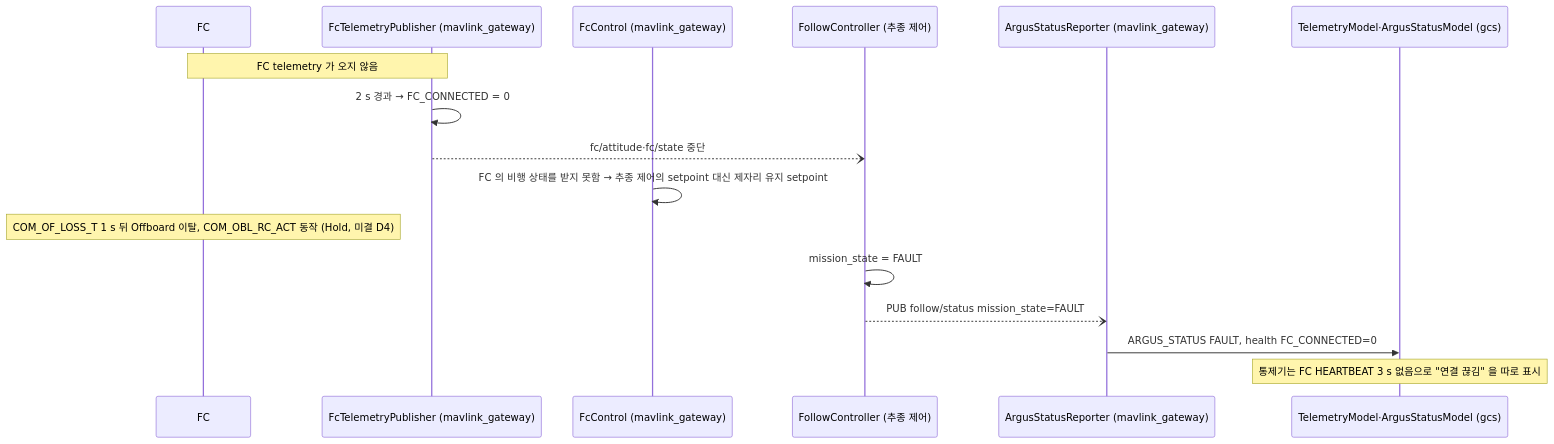
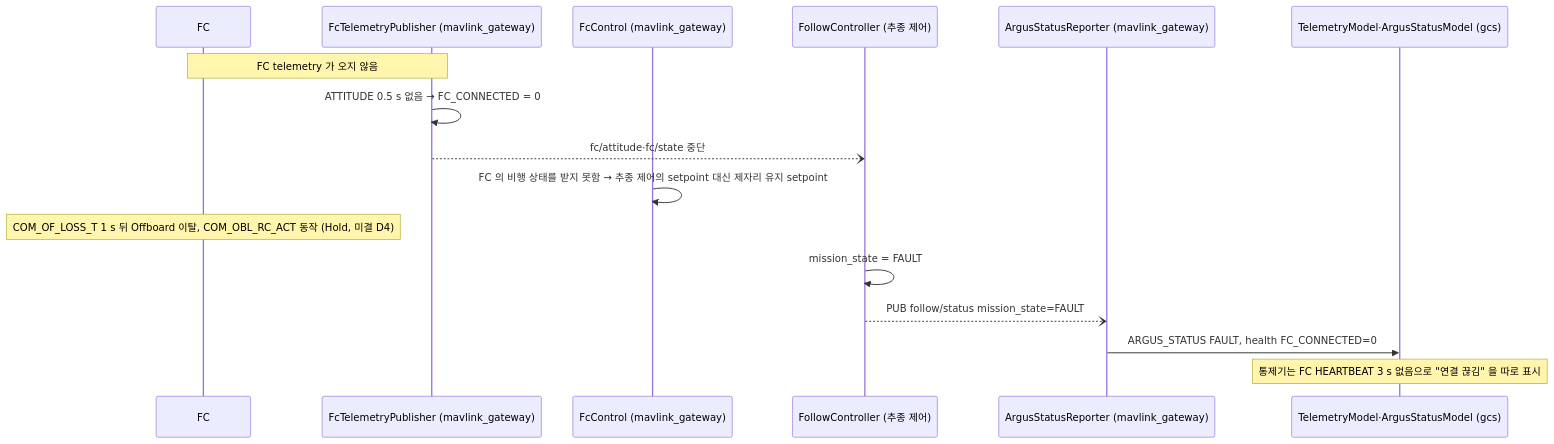
The fourth of 4 diagrams in docs/design/uml/sequence.md (lig-argus/argus-edge-vision), drawn with Mermaid before and after one commit. The commit also changed other lines of this file and 11 other files, not shown here.

````diff
--- a/docs/design/uml/sequence.md
+++ b/docs/design/uml/sequence.md
@@ -122,19 +122,19 @@
 ```mermaid
 sequenceDiagram
     participant fc as FC
     participant fct as FcTelemetryPublisher (mavlink_gateway)
     participant spr as FcControl (mavlink_gateway)
     participant ctl as FollowController (추종 제어)
     participant asr as ArgusStatusReporter (mavlink_gateway)
     participant gcs as TelemetryModel·ArgusStatusModel (gcs)
 
     Note over fc,fct: FC telemetry 가 오지 않음
-    fct->>fct: 2 s 경과 → FC_CONNECTED = 0
+    fct->>fct: ATTITUDE 0.5 s 없음 → FC_CONNECTED = 0
     fct--)ctl: fc/attitude·fc/state 중단
     spr->>spr: FC 의 비행 상태를 받지 못함 → 추종 제어의 setpoint 대신 제자리 유지 setpoint
     Note over fc: COM_OF_LOSS_T 1 s 뒤 Offboard 이탈, COM_OBL_RC_ACT 동작 (Hold, 미결 D4)
     ctl->>ctl: mission_state = FAULT
     ctl--)asr: PUB follow/status mission_state=FAULT
     asr->>gcs: ARGUS_STATUS FAULT, health FC_CONNECTED=0
     Note over gcs: 통제기는 FC HEARTBEAT 3 s 없음으로 "연결 끊김" 을 따로 표시
 ```
````
